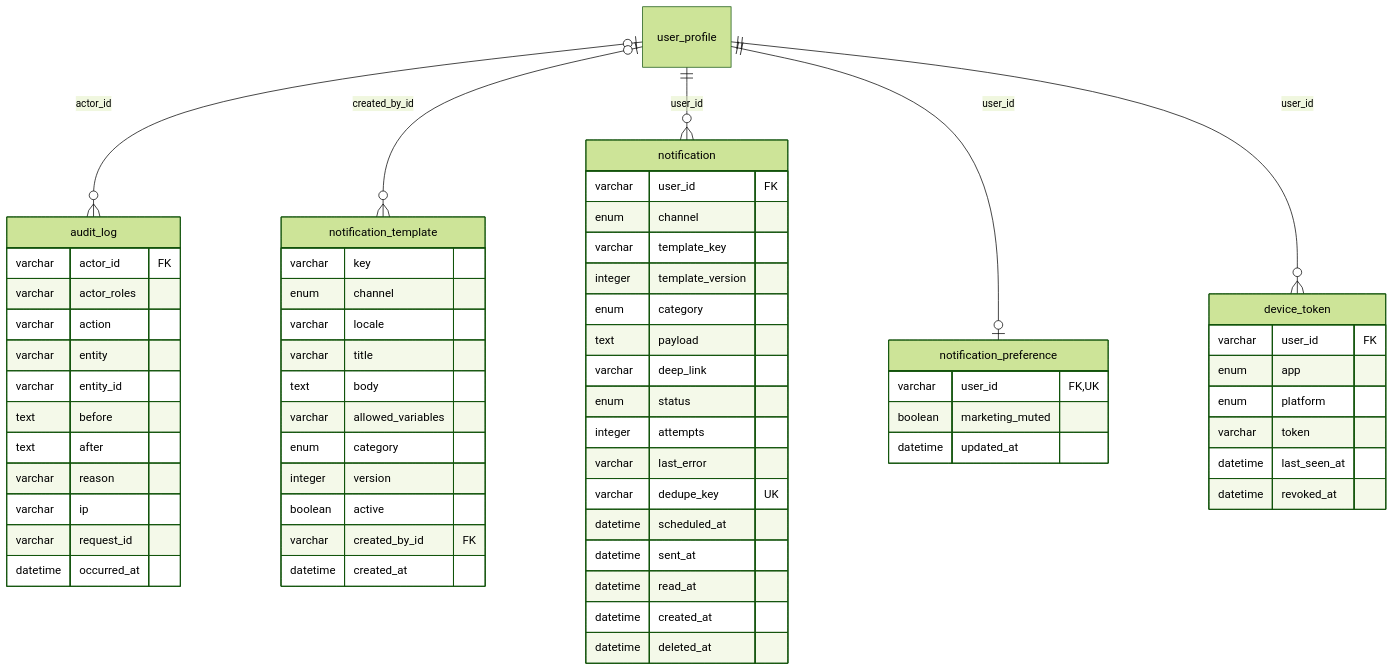
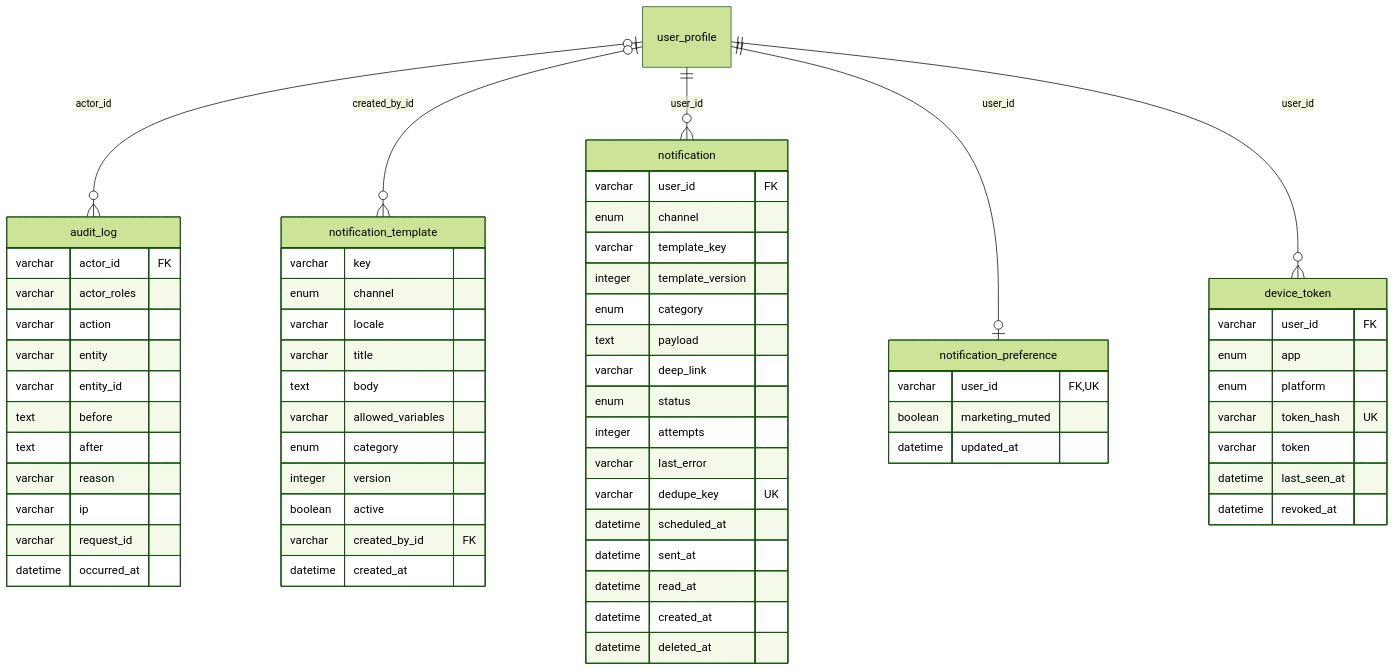
The diagram in docs/erd/platform.md (Matt-Murungi/home-school), drawn with Mermaid (forest theme) before and after one commit. The commit also changed other lines of this file and 8 other files, not shown here.

Commit message:
M04: round 2 (tripwire honesty, bulk/upsert write methods, device_token hash, retention and follow-up notes)

````diff
--- a/docs/erd/platform.md
+++ b/docs/erd/platform.md
@@ -6,65 +6,66 @@
 ```mermaid
 erDiagram
   audit_log {
     varchar actor_id FK
     varchar actor_roles
     varchar action
     varchar entity
     varchar entity_id
     text before
     text after
     varchar reason
     varchar ip
     varchar request_id
     datetime occurred_at
   }
   notification_template {
     varchar key
     enum channel
     varchar locale
     varchar title
     text body
     varchar allowed_variables
     enum category
     integer version
     boolean active
     varchar created_by_id FK
     datetime created_at
   }
   notification {
     varchar user_id FK
     enum channel
     varchar template_key
     integer template_version
     enum category
     text payload
     varchar deep_link
     enum status
     integer attempts
     varchar last_error
     varchar dedupe_key UK
     datetime scheduled_at
     datetime sent_at
     datetime read_at
     datetime created_at
     datetime deleted_at
   }
   notification_preference {
     varchar user_id FK,UK
     boolean marketing_muted
     datetime updated_at
   }
   device_token {
     varchar user_id FK
     enum app
     enum platform
+    varchar token_hash UK
     varchar token
     datetime last_seen_at
     datetime revoked_at
   }
   user_profile |o--o{ audit_log : "actor_id"
   user_profile |o--o{ notification_template : "created_by_id"
   user_profile ||--o{ notification : "user_id"
   user_profile ||--o| notification_preference : "user_id"
   user_profile ||--o{ device_token : "user_id"
 ```
````
